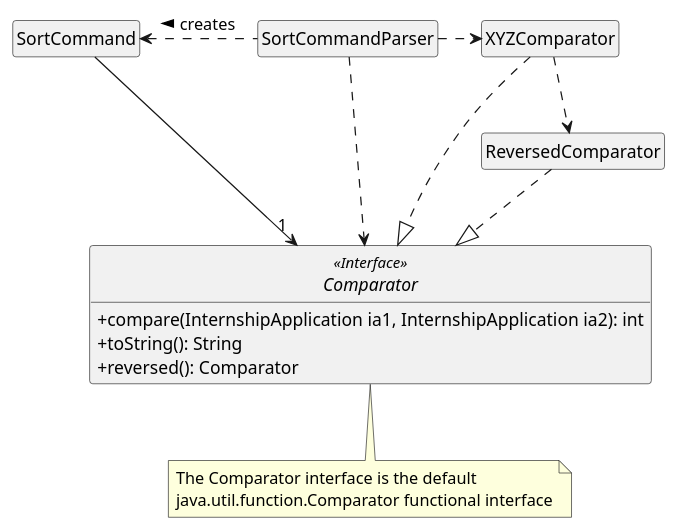
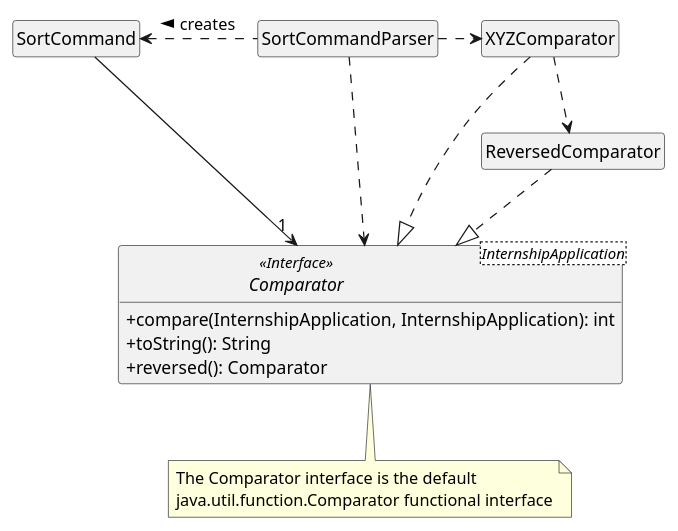
One commit to wxwxwxwx9/main changed the diagram in docs/diagrams/ComparatorClassDiagram.puml. Above: the diagram before and after it, drawn with PlantUML. The commit also changed 1 other file, not shown here.

```diff
--- a/docs/diagrams/ComparatorClassDiagram.puml
+++ b/docs/diagrams/ComparatorClassDiagram.puml
@@ -1,44 +1,44 @@
 @startuml
 
 hide circle
 hide empty members
 skinparam classAttributeIconSize 0
 
 Class SortCommand {
 }
 
 Class SortCommandParser {
 }
 
-Interface Comparator <<Interface>> {
-    + compare(InternshipApplication ia1, InternshipApplication ia2): int
+Interface Comparator<InternshipApplication> <<Interface>> {
+    + compare(InternshipApplication, InternshipApplication): int
     + toString(): String
     + reversed(): Comparator
 }
 
 Class XYZComparator {
 }
 
 Class ReversedComparator {
 }
 
 note as N1
   The Comparator interface is the default
   java.util.function.Comparator functional interface
 end note
 
 Comparator .. N1
 
 SortCommandParser .left.> SortCommand : creates >
 SortCommandParser .right.> XYZComparator
 SortCommandParser ..> Comparator
 
 SortCommand --> "1" Comparator
 
 XYZComparator .down.|> Comparator
 XYZComparator ..> ReversedComparator
 
 ReversedComparator ..|> Comparator
 
 
 @enduml
```
